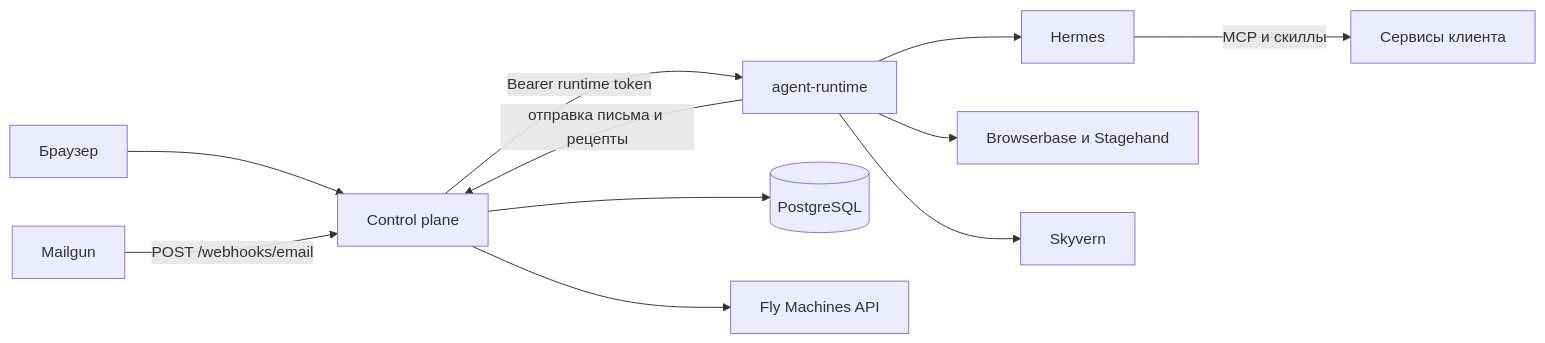
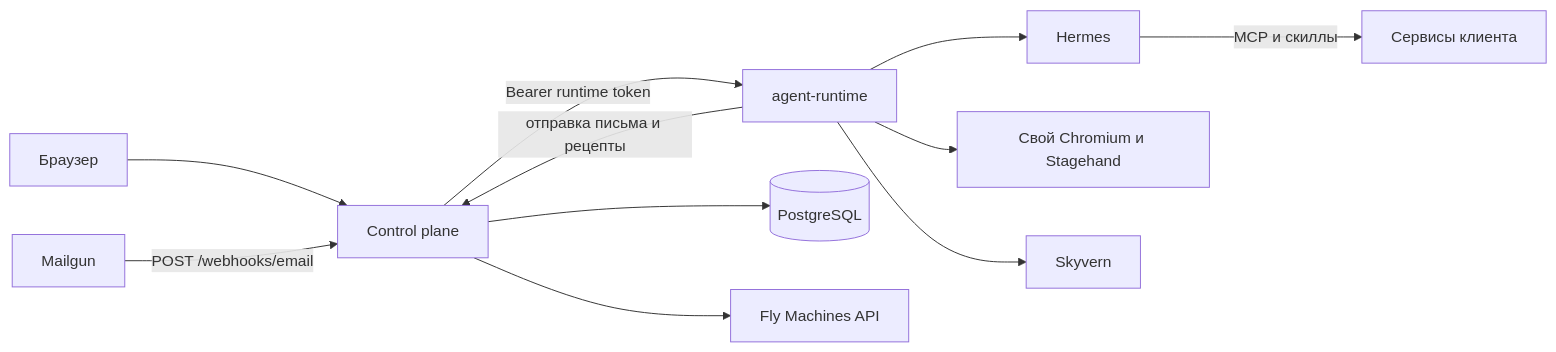
Before and after one commit to cedricIllya/swarmAgent: the diagram in docs/architecture.md, drawn with Mermaid. The commit also changed other lines of this file and 40 other files, not shown here.

First line of the commit message:
feat: заменить Browserbase своим Chromium и обновлять машины агентов

````diff
--- a/docs/architecture.md
+++ b/docs/architecture.md
@@ -5,13 +5,13 @@
 ```mermaid
 flowchart LR
   User[Браузер] --> Web[Control plane]
   Mailgun[Mailgun] -->|POST /webhooks/email| Web
   Web -->|Bearer runtime token| Runtime[agent-runtime]
   Runtime --> Hermes[Hermes]
-  Runtime --> Browser[Browserbase и Stagehand]
+  Runtime --> Browser[Свой Chromium и Stagehand]
   Runtime --> Skyvern[Skyvern]
   Hermes -->|MCP и скиллы| Services[Сервисы клиента]
   Runtime -->|отправка письма и рецепты| Web
   Web --> Pg[(PostgreSQL)]
   Web --> Fly[Fly Machines API]
 ```
````
